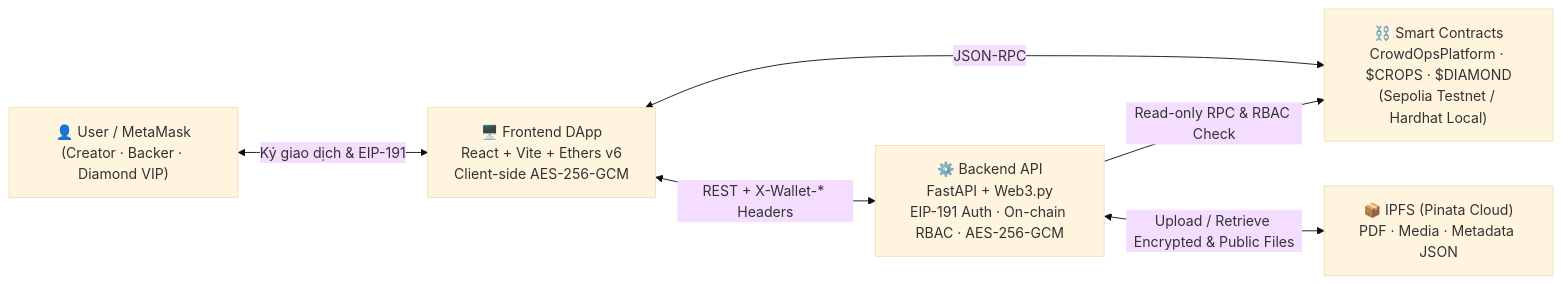
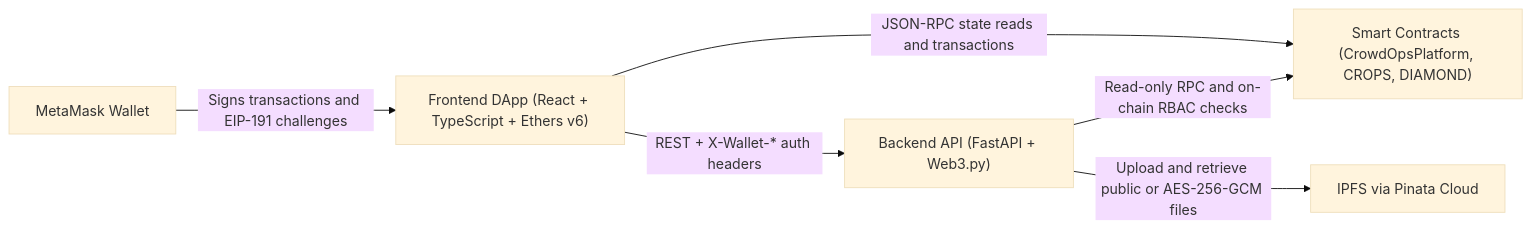
The diagram in README.md (vu-leonguyen/Crowdfunding), drawn with Mermaid (base theme) before and after one commit. The commit also changed other lines of this file, not shown here.

````diff
--- a/README.md
+++ b/README.md
@@ -20,14 +11,14 @@
 ```mermaid
 flowchart LR
-    User["👤 User / MetaMask<br/>(Creator · Backer · Diamond VIP)"]
-    FE["🖥️ Frontend DApp<br/>React + Vite + Ethers v6<br/>Client-side AES-256-GCM"]
-    BE["⚙️ Backend API<br/>FastAPI + Web3.py<br/>EIP-191 Auth · On-chain RBAC · AES-256-GCM"]
-    SC["⛓️ Smart Contracts<br/>CrowdOpsPlatform · $CROPS · $DIAMOND<br/>(Sepolia Testnet / Hardhat Local)"]
-    IPFS["📦 IPFS (Pinata Cloud)<br/>PDF · Media · Metadata JSON"]
+    Wallet["MetaMask Wallet"]
+    Frontend["Frontend DApp (React + TypeScript + Ethers v6)"]
+    Backend["Backend API (FastAPI + Web3.py)"]
+    Contracts["Smart Contracts (CrowdOpsPlatform, CROPS, DIAMOND)"]
+    IPFS["IPFS via Pinata Cloud"]
 
-    User <-->|Ký giao dịch & EIP-191| FE
-    FE <-->|JSON-RPC| SC
-    FE <-->|REST + X-Wallet-* Headers| BE
-    BE -->|Read-only RPC & RBAC Check| SC
-    BE <-->|Upload / Retrieve Encrypted & Public Files| IPFS
+    Wallet -->|"Signs transactions and EIP-191 challenges"| Frontend
+    Frontend -->|"JSON-RPC state reads and transactions"| Contracts
+    Frontend -->|"REST + X-Wallet-* auth headers"| Backend
+    Backend -->|"Read-only RPC and on-chain RBAC checks"| Contracts
+    Backend -->|"Upload and retrieve public or AES-256-GCM files"| IPFS
 ```
````
